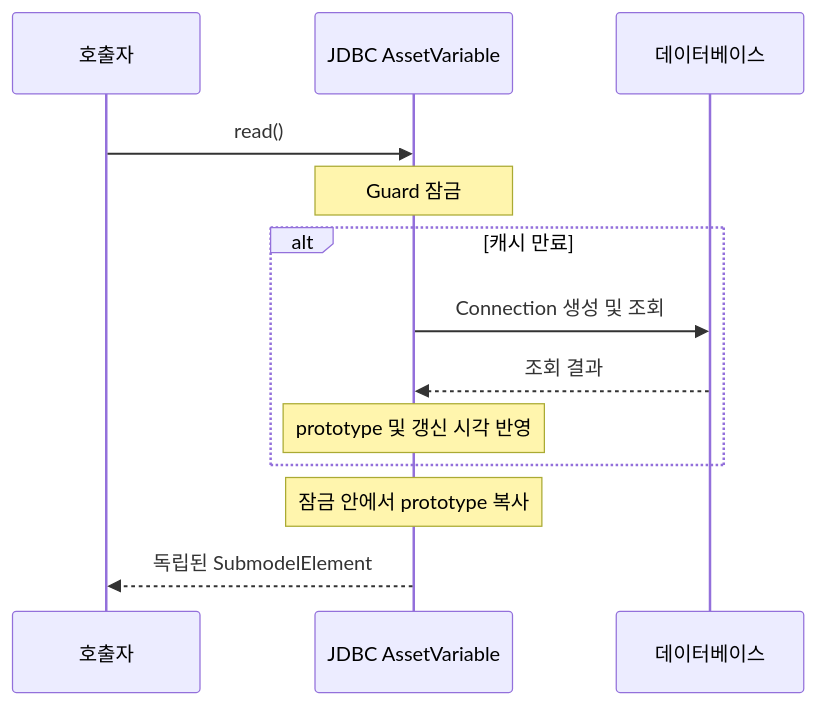
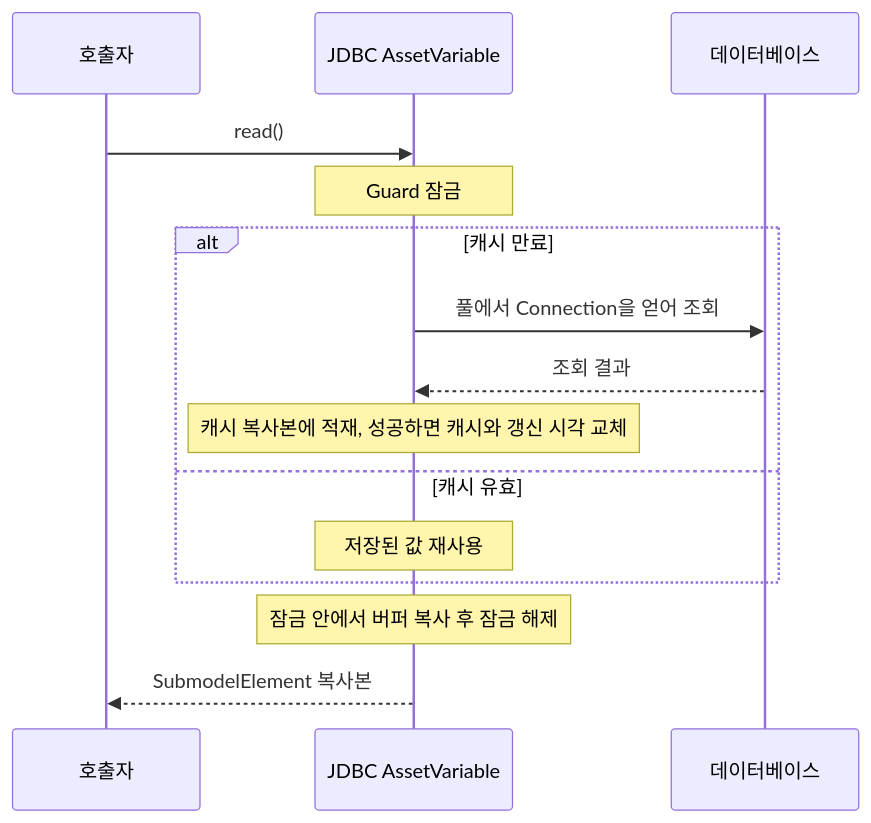
Before and after one commit to kwlee0220/mdt-instance: the fourth of 5 diagrams in docs/asset-persistence-guide.md, drawn with Mermaid. The commit also changed other lines of this file and 28 other files, not shown here.

````diff
--- a/docs/asset-persistence-guide.md
+++ b/docs/asset-persistence-guide.md
@@ -202,15 +331,17 @@
 ```mermaid
 sequenceDiagram
     participant Caller as 호출자
     participant Var as JDBC AssetVariable
     participant DB as 데이터베이스
     Caller->>Var: read()
     Note over Var: Guard 잠금
     alt 캐시 만료
-        Var->>DB: Connection 생성 및 조회
+        Var->>DB: 풀에서 Connection을 얻어 조회
         DB-->>Var: 조회 결과
-        Note over Var: prototype 및 갱신 시각 반영
+        Note over Var: 캐시 복사본에 적재, 성공하면 캐시와 갱신 시각 교체
+    else 캐시 유효
+        Note over Var: 저장된 값 재사용
     end
-    Note over Var: 잠금 안에서 prototype 복사
-    Var-->>Caller: 독립된 SubmodelElement
+    Note over Var: 잠금 안에서 버퍼 복사 후 잠금 해제
+    Var-->>Caller: SubmodelElement 복사본
 ```
````
